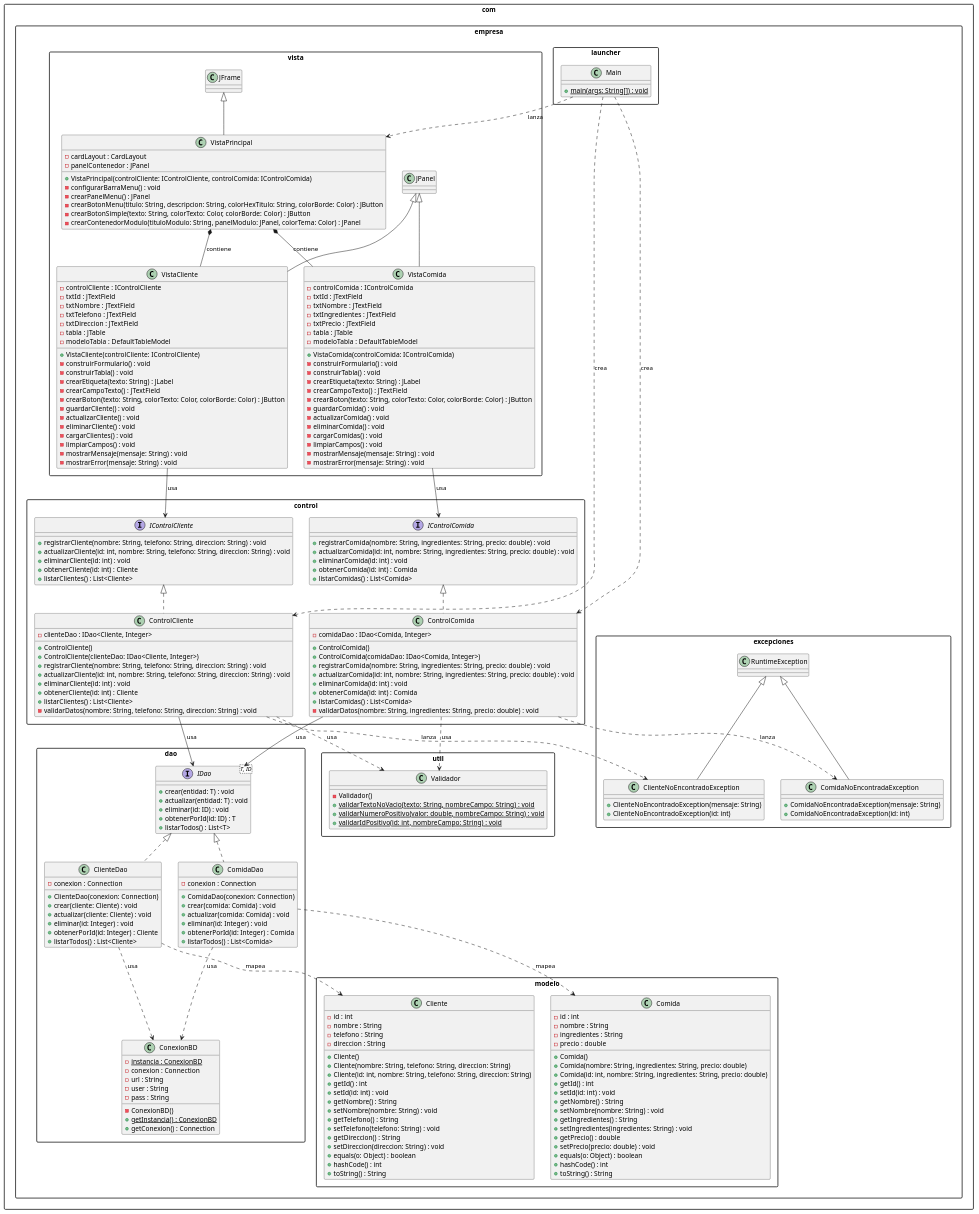
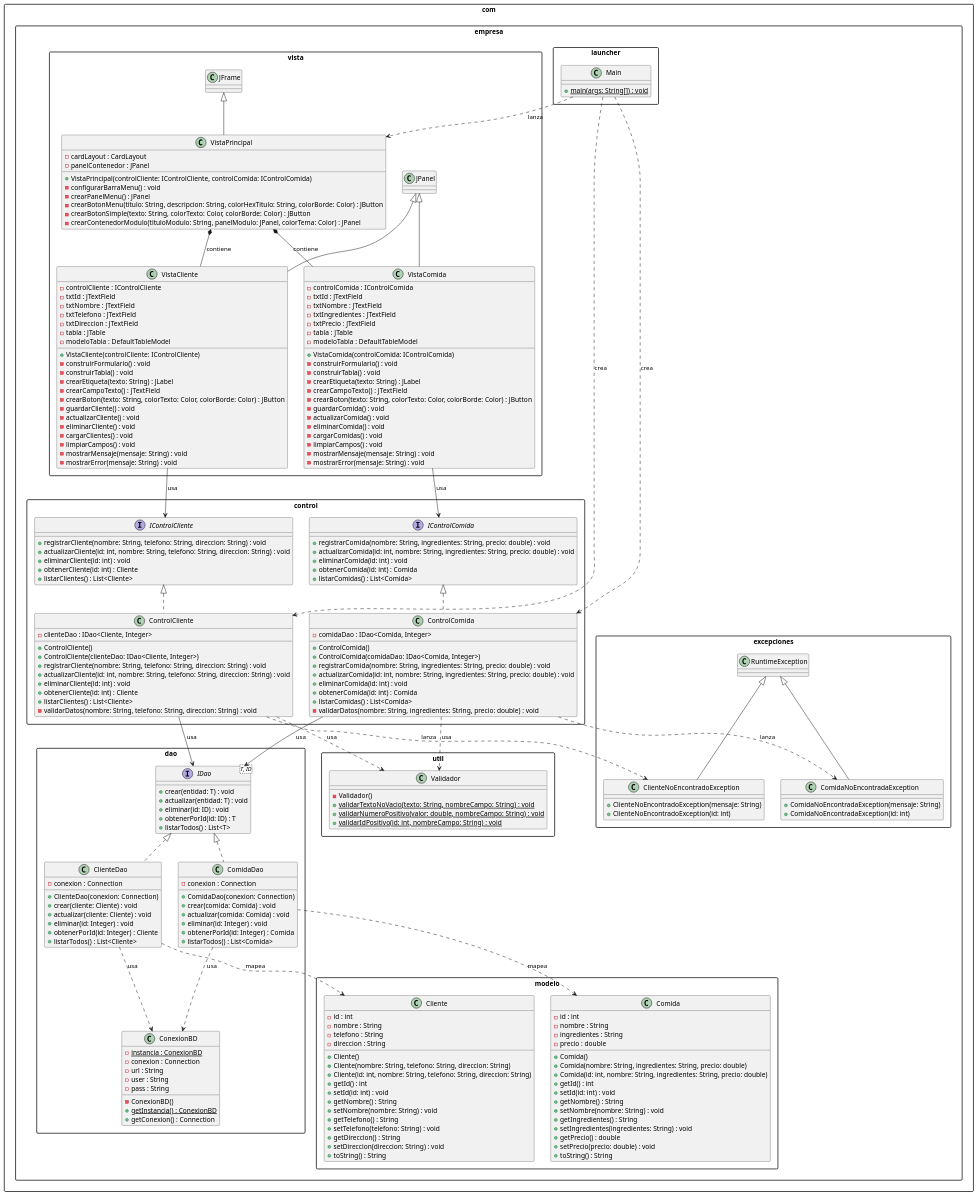
The diagram in src/Diagrama de Clases.puml (Paisamares12/FoodSystem), drawn with PlantUML before and after one commit.

Commit message:
Corregir diagrama de clases

```diff
--- a/src/Diagrama de Clases.puml
+++ b/src/Diagrama de Clases.puml
@@ -19,8 +19,6 @@
         + setTelefono(telefono: String) : void
         + getDireccion() : String
         + setDireccion(direccion: String) : void
-        + equals(o: Object) : boolean
-        + hashCode() : int
         + toString() : String
     }
 
@@ -40,8 +38,6 @@
         + setIngredientes(ingredientes: String) : void
         + getPrecio() : double
         + setPrecio(precio: double) : void
-        + equals(o: Object) : boolean
-        + hashCode() : int
         + toString() : String
     }
 }
```
